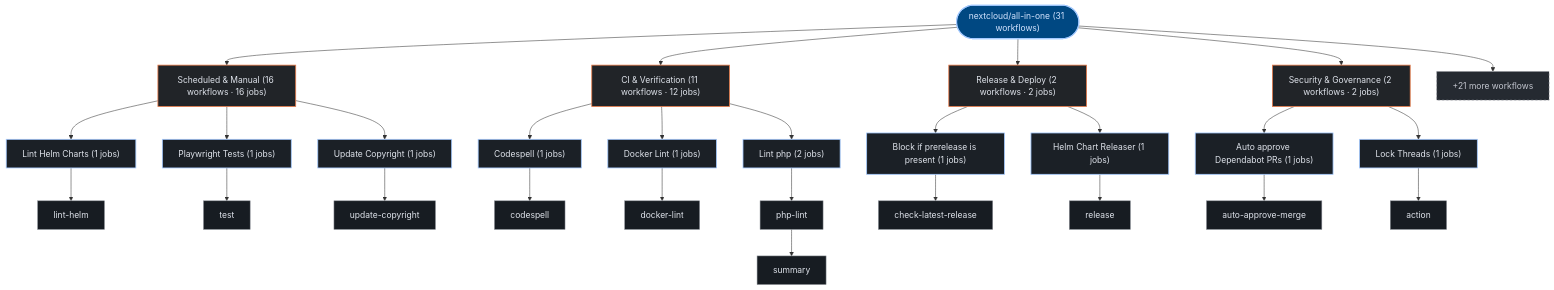
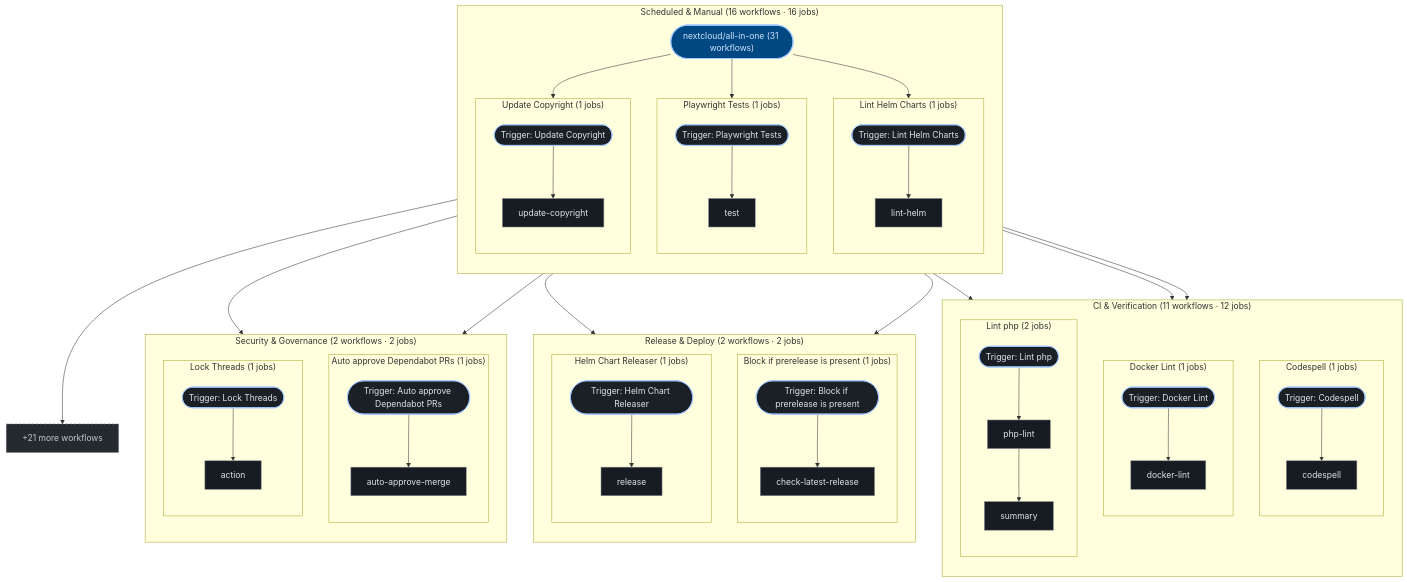
Before and after one commit to kumarshaz/atruss-code-atlas: the third of 3 diagrams in exports/latest/reports/nextcloud-all-in-one-report.md, drawn with Mermaid. The commit also changed 181 other files, not shown here.

````diff
--- a/exports/latest/reports/nextcloud-all-in-one-report.md
+++ b/exports/latest/reports/nextcloud-all-in-one-report.md
@@ -441,56 +441,90 @@
   classDef atlasAlert fill:#93000a,stroke:#ffb4ab,stroke-width:1.5px,color:#ffdad6
   classDef atlasMore fill:#252a31,stroke:#8d9199,stroke-dasharray:4 4,color:#c3c6cf
   pipeline_root(["nextcloud/all-in-one (31 workflows)"]):::atlasRoot
-  grp_0_Scheduled___Manual["Scheduled & Manual (16 workflows · 16 jobs)"]:::atlasCategory
-  pipeline_root --> grp_0_Scheduled___Manual
-  wf_11_Lint_Helm_Charts["Lint Helm Charts (1 jobs)"]:::atlasWorkflow
-  grp_0_Scheduled___Manual --> wf_11_Lint_Helm_Charts
-  job_11_lint_helm["lint-helm"]:::atlasJob
-  wf_11_Lint_Helm_Charts --> job_11_lint_helm
-  wf_18_Playwright_Tests["Playwright Tests (1 jobs)"]:::atlasWorkflow
-  grp_0_Scheduled___Manual --> wf_18_Playwright_Tests
-  job_18_test["test"]:::atlasJob
-  wf_18_Playwright_Tests --> job_18_test
-  wf_25_Update_Copyright["Update Copyright (1 jobs)"]:::atlasWorkflow
-  grp_0_Scheduled___Manual --> wf_25_Update_Copyright
-  job_25_update_copyright["update-copyright"]:::atlasJob
-  wf_25_Update_Copyright --> job_25_update_copyright
-  grp_1_CI___Verification["CI & Verification (11 workflows · 12 jobs)"]:::atlasCategory
-  pipeline_root --> grp_1_CI___Verification
-  wf_0_Codespell["Codespell (1 jobs)"]:::atlasWorkflow
-  grp_1_CI___Verification --> wf_0_Codespell
-  job_0_codespell["codespell"]:::atlasJob
-  wf_0_Codespell --> job_0_codespell
-  wf_6_Docker_Lint["Docker Lint (1 jobs)"]:::atlasWorkflow
-  grp_1_CI___Verification --> wf_6_Docker_Lint
-  job_6_docker_lint["docker-lint"]:::atlasJob
-  wf_6_Docker_Lint --> job_6_docker_lint
-  wf_12_Lint_php["Lint php (2 jobs)"]:::atlasWorkflow
-  grp_1_CI___Verification --> wf_12_Lint_php
-  job_12_php_lint["php-lint"]:::atlasJob
-  job_12_summary["summary"]:::atlasJob
-  wf_12_Lint_php --> job_12_php_lint
-  job_12_php_lint --> job_12_summary
-  grp_2_Release___Deploy["Release & Deploy (2 workflows · 2 jobs)"]:::atlasCategory
-  pipeline_root --> grp_2_Release___Deploy
-  wf_7_Block_if_prerelease_is_present["Block if prerelease is present (1 jobs)"]:::atlasWorkflow
-  grp_2_Release___Deploy --> wf_7_Block_if_prerelease_is_present
-  job_7_check_latest_release["check-latest-release"]:::atlasJob
-  wf_7_Block_if_prerelease_is_present --> job_7_check_latest_release
-  wf_8_Helm_Chart_Releaser["Helm Chart Releaser (1 jobs)"]:::atlasWorkflow
-  grp_2_Release___Deploy --> wf_8_Helm_Chart_Releaser
-  job_8_release["release"]:::atlasJob
-  wf_8_Helm_Chart_Releaser --> job_8_release
-  grp_3_Security___Governance["Security & Governance (2 workflows · 2 jobs)"]:::atlasCategory
-  pipeline_root --> grp_3_Security___Governance
-  wf_3_Auto_approve_Dependabot_PRs["Auto approve Dependabot PRs (1 jobs)"]:::atlasWorkflow
-  grp_3_Security___Governance --> wf_3_Auto_approve_Dependabot_PRs
-  job_3_auto_approve_merge["auto-approve-merge"]:::atlasJob
-  wf_3_Auto_approve_Dependabot_PRs --> job_3_auto_approve_merge
-  wf_14_Lock_Threads["Lock Threads (1 jobs)"]:::atlasWorkflow
-  grp_3_Security___Governance --> wf_14_Lock_Threads
-  job_14_action["action"]:::atlasJob
-  wf_14_Lock_Threads --> job_14_action
+  subgraph sg_grp_0_Scheduled___Manual["Scheduled & Manual (16 workflows · 16 jobs)"]
+    direction TB
+    subgraph sg_wf_11_Lint_Helm_Charts["Lint Helm Charts (1 jobs)"]
+      direction TB
+      wf_11_Lint_Helm_Charts(["Trigger: Lint Helm Charts"]):::atlasWorkflow
+      job_11_lint_helm["lint-helm"]:::atlasJob
+      wf_11_Lint_Helm_Charts --> job_11_lint_helm
+    end
+    pipeline_root --> wf_11_Lint_Helm_Charts
+    subgraph sg_wf_18_Playwright_Tests["Playwright Tests (1 jobs)"]
+      direction TB
+      wf_18_Playwright_Tests(["Trigger: Playwright Tests"]):::atlasWorkflow
+      job_18_test["test"]:::atlasJob
+      wf_18_Playwright_Tests --> job_18_test
+    end
+    pipeline_root --> wf_18_Playwright_Tests
+    subgraph sg_wf_25_Update_Copyright["Update Copyright (1 jobs)"]
+      direction TB
+      wf_25_Update_Copyright(["Trigger: Update Copyright"]):::atlasWorkflow
+      job_25_update_copyright["update-copyright"]:::atlasJob
+      wf_25_Update_Copyright --> job_25_update_copyright
+    end
+    pipeline_root --> wf_25_Update_Copyright
+  end
+  subgraph sg_grp_1_CI___Verification["CI & Verification (11 workflows · 12 jobs)"]
+    direction TB
+    subgraph sg_wf_0_Codespell["Codespell (1 jobs)"]
+      direction TB
+      wf_0_Codespell(["Trigger: Codespell"]):::atlasWorkflow
+      job_0_codespell["codespell"]:::atlasJob
+      wf_0_Codespell --> job_0_codespell
+    end
+    pipeline_root --> wf_0_Codespell
+    subgraph sg_wf_6_Docker_Lint["Docker Lint (1 jobs)"]
+      direction TB
+      wf_6_Docker_Lint(["Trigger: Docker Lint"]):::atlasWorkflow
+      job_6_docker_lint["docker-lint"]:::atlasJob
+      wf_6_Docker_Lint --> job_6_docker_lint
+    end
+    pipeline_root --> wf_6_Docker_Lint
+    subgraph sg_wf_12_Lint_php["Lint php (2 jobs)"]
+      direction TB
+      wf_12_Lint_php(["Trigger: Lint php"]):::atlasWorkflow
+      job_12_php_lint["php-lint"]:::atlasJob
+      job_12_summary["summary"]:::atlasJob
+      wf_12_Lint_php --> job_12_php_lint
+      job_12_php_lint --> job_12_summary
+    end
+    pipeline_root --> wf_12_Lint_php
+  end
+  subgraph sg_grp_2_Release___Deploy["Release & Deploy (2 workflows · 2 jobs)"]
+    direction TB
+    subgraph sg_wf_7_Block_if_prerelease_is_present["Block if prerelease is present (1 jobs)"]
+      direction TB
+      wf_7_Block_if_prerelease_is_present(["Trigger: Block if prerelease is present"]):::atlasWorkflow
+      job_7_check_latest_release["check-latest-release"]:::atlasJob
+      wf_7_Block_if_prerelease_is_present --> job_7_check_latest_release
+    end
+    pipeline_root --> wf_7_Block_if_prerelease_is_present
+    subgraph sg_wf_8_Helm_Chart_Releaser["Helm Chart Releaser (1 jobs)"]
+      direction TB
+      wf_8_Helm_Chart_Releaser(["Trigger: Helm Chart Releaser"]):::atlasWorkflow
+      job_8_release["release"]:::atlasJob
+      wf_8_Helm_Chart_Releaser --> job_8_release
+    end
+    pipeline_root --> wf_8_Helm_Chart_Releaser
+  end
+  subgraph sg_grp_3_Security___Governance["Security & Governance (2 workflows · 2 jobs)"]
+    direction TB
+    subgraph sg_wf_3_Auto_approve_Dependabot_PRs["Auto approve Dependabot PRs (1 jobs)"]
+      direction TB
+      wf_3_Auto_approve_Dependabot_PRs(["Trigger: Auto approve Dependabot PRs"]):::atlasWorkflow
+      job_3_auto_approve_merge["auto-approve-merge"]:::atlasJob
+      wf_3_Auto_approve_Dependabot_PRs --> job_3_auto_approve_merge
+    end
+    pipeline_root --> wf_3_Auto_approve_Dependabot_PRs
+    subgraph sg_wf_14_Lock_Threads["Lock Threads (1 jobs)"]
+      direction TB
+      wf_14_Lock_Threads(["Trigger: Lock Threads"]):::atlasWorkflow
+      job_14_action["action"]:::atlasJob
+      wf_14_Lock_Threads --> job_14_action
+    end
+    pipeline_root --> wf_14_Lock_Threads
+  end
   wf_more["+21 more workflows"]:::atlasMore
   pipeline_root --> wf_more
 ```
````
